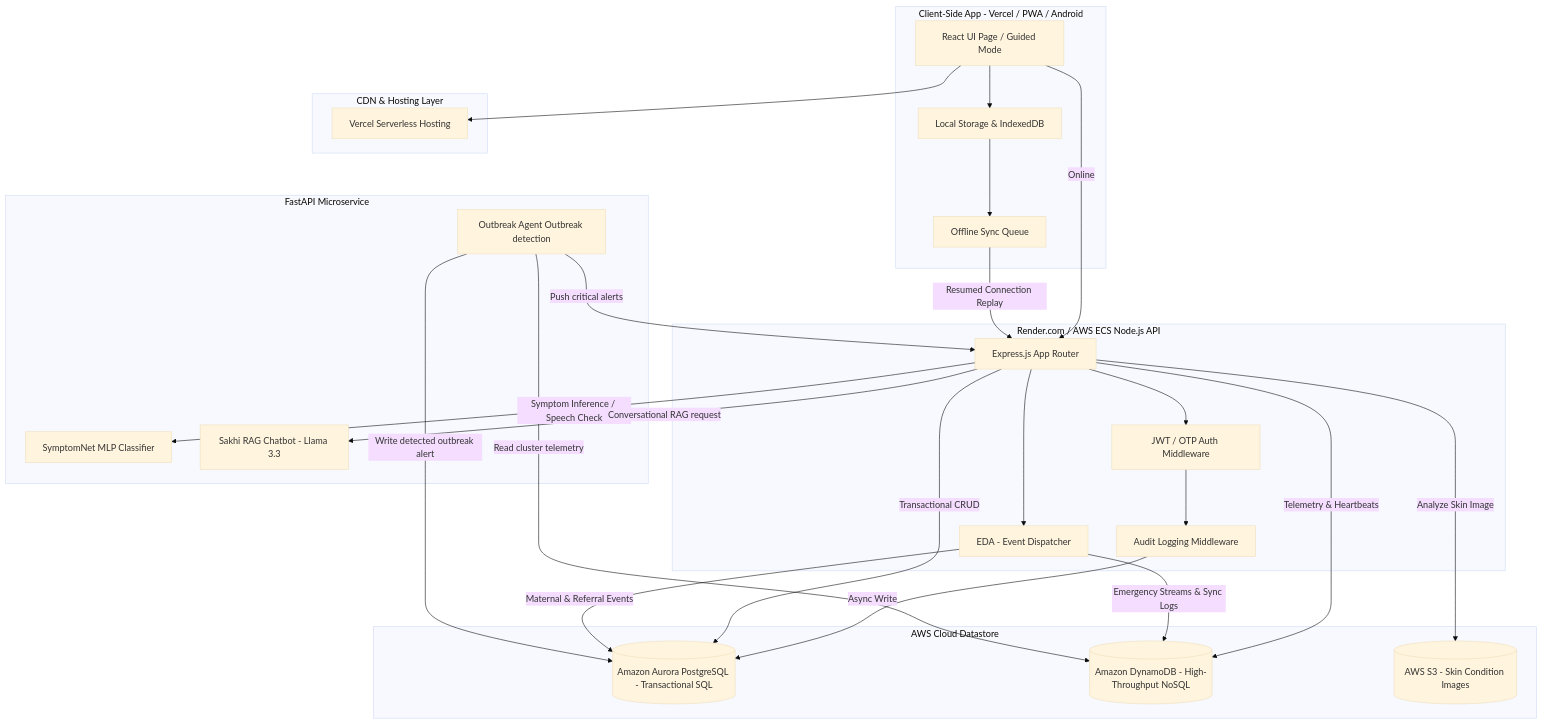
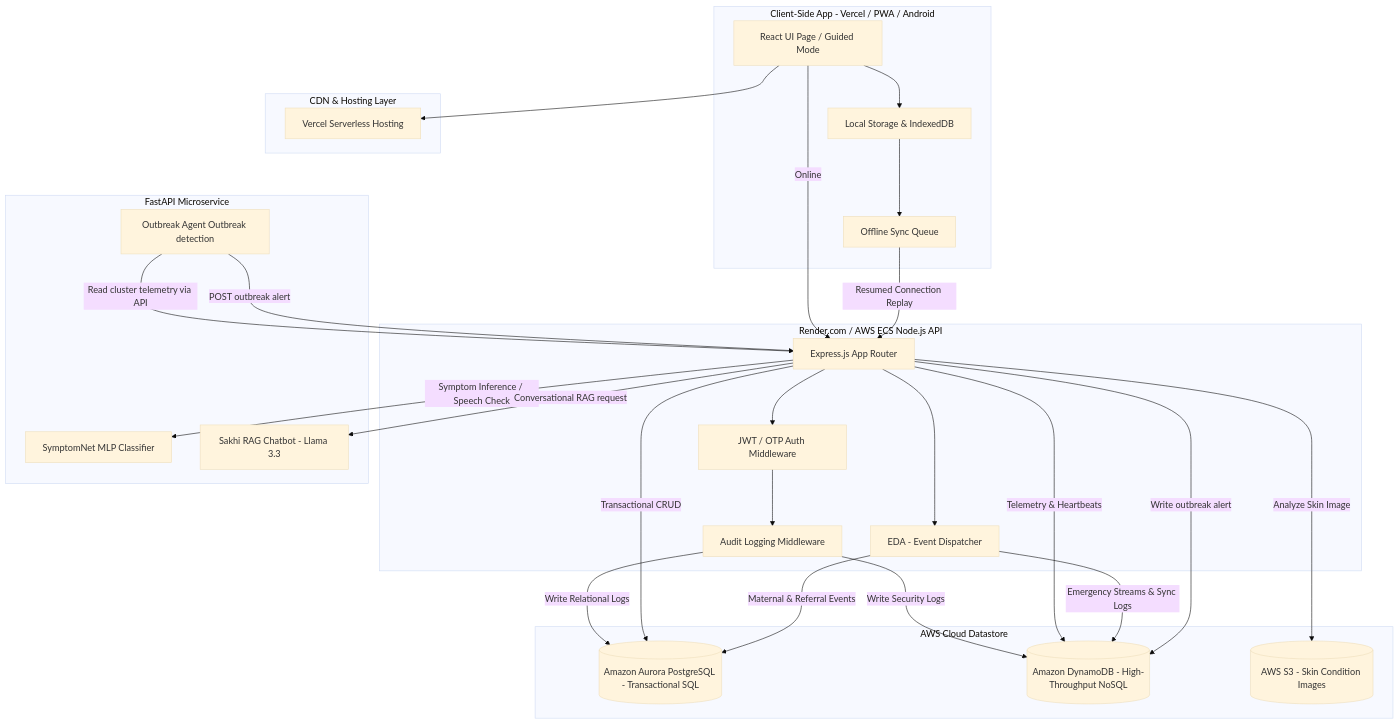
Before and after one commit to dgboy-ai/SwasthAI-Guardian-Platform: the first of 2 diagrams in docs/system_architecture.md, drawn with Mermaid (base theme). The commit also changed other lines of this file and 2 other files, not shown here.

Commit message:
docs: update system and AI architecture documentation and update project README

````diff
--- a/docs/system_architecture.md
+++ b/docs/system_architecture.md
@@ -11,62 +11,63 @@
 ```mermaid
 graph TB
     subgraph Client Layer [Client-Side App - Vercel / PWA / Android]
         UI[React UI Page / Guided Mode]
         LS[Local Storage & IndexedDB]
         SQ[Offline Sync Queue]
     end
 
     subgraph CDN & Hosting Layer
         Vercel[Vercel Serverless Hosting]
     end
 
     subgraph Application Backend [Render.com / AWS ECS Node.js API]
         Express[Express.js App Router]
         Auth[JWT / OTP Auth Middleware]
         Audit[Audit Logging Middleware]
         ED[EDA - Event Dispatcher]
     end
 
     subgraph AI Service [FastAPI Microservice]
         SymptomNet[SymptomNet MLP Classifier]
         RAG[Sakhi RAG Chatbot - Llama 3.3]
         OutbreakAgent[Outbreak Agent Outbreak detection]
     end
 
     subgraph Data Layer [AWS Cloud Datastore]
         Aurora[(Amazon Aurora PostgreSQL - Transactional SQL)]
         Dynamo[(Amazon DynamoDB - High-Throughput NoSQL)]
         S3[(AWS S3 - Skin Condition Images)]
     end
 
     %% Client and CDN Interactions
     UI --> Vercel
     UI --> LS
     UI -->|Online| Express
     LS --> SQ
     SQ -->|Resumed Connection Replay| Express
 
     %% Backend Router & Middlewares
     Express --> Auth
     Auth --> Audit
-    Audit -->|Async Write| Aurora
+    Audit -->|Write Relational Logs| Aurora
+    Audit -->|Write Security Logs| Dynamo
     Express --> ED
 
     %% Relational Queries
     Express -->|Transactional CRUD| Aurora
     ED -->|Maternal & Referral Events| Aurora
 
     %% Telemetry & Streams
     Express -->|Telemetry & Heartbeats| Dynamo
     ED -->|Emergency Streams & Sync Logs| Dynamo
 
     %% AI Service Interactions
     Express -->|Symptom Inference / Speech Check| SymptomNet
     Express -->|Conversational RAG request| RAG
-    OutbreakAgent -->|Read cluster telemetry| Dynamo
-    OutbreakAgent -->|Write detected outbreak alert| Aurora
-    OutbreakAgent -->|Push critical alerts| Express
+    OutbreakAgent -->|Read cluster telemetry via API| Express
+    OutbreakAgent -->|POST outbreak alert| Express
+    Express -->|Write outbreak alert| Dynamo
     
     %% Skin Analyzer
     Express -->|Analyze Skin Image| S3
 ```
````
